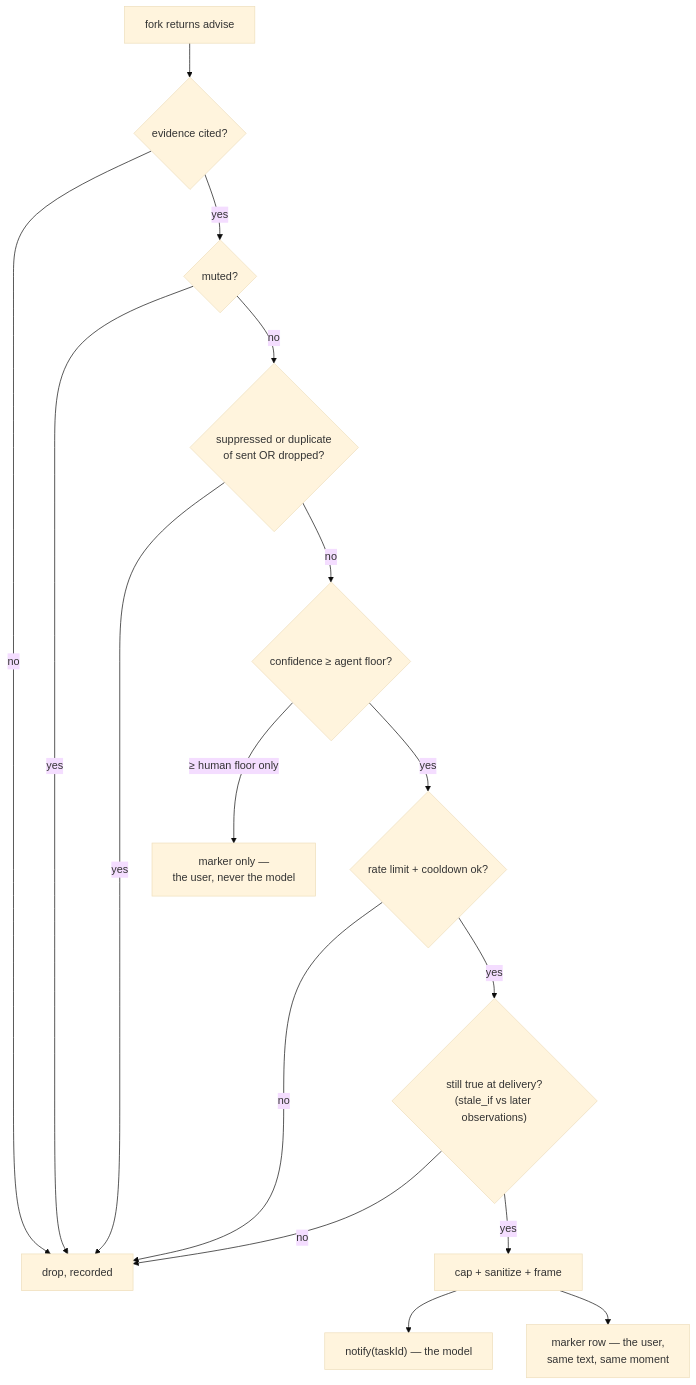
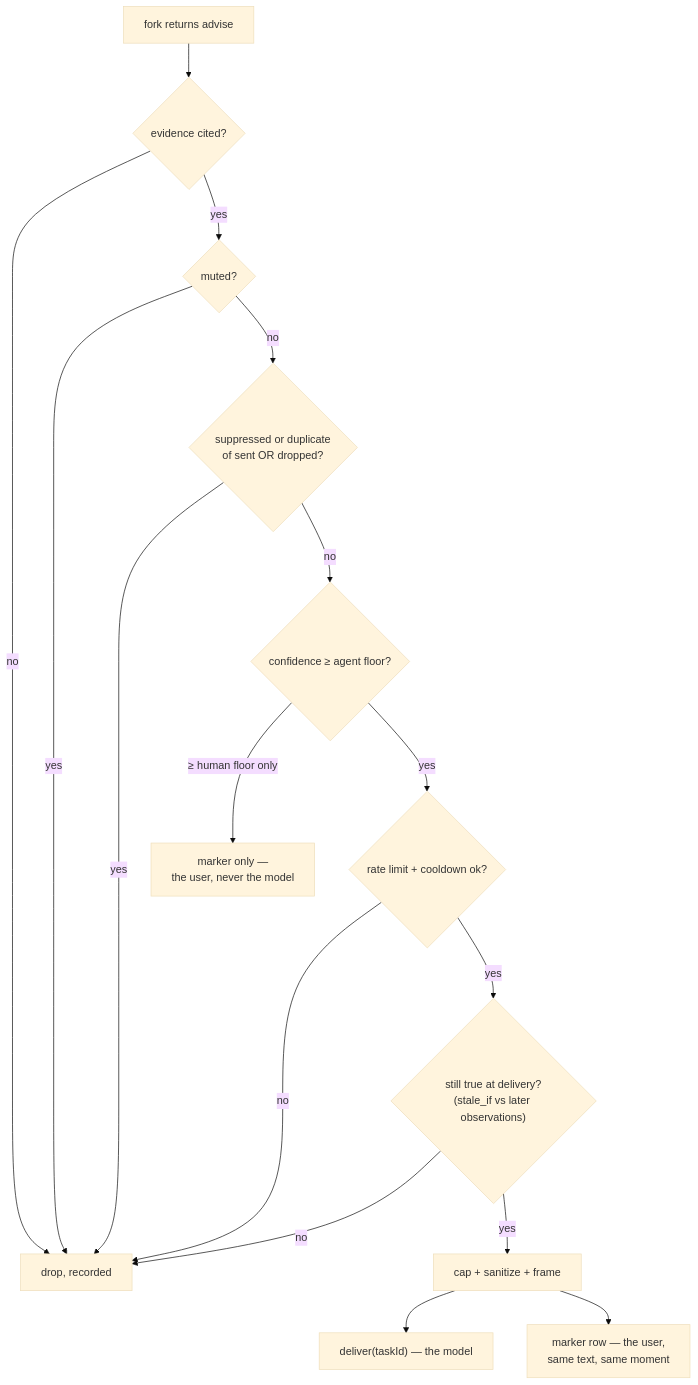
One commit to shofer-dev/shofer changed the third of 3 diagrams in plugins/second-brain/DESIGN.md. Above: the diagram before and after it, drawn with Mermaid (base theme). The commit also changed other lines of this file and 81 other files, not shown here.

````diff
--- a/plugins/second-brain/DESIGN.md
+++ b/plugins/second-brain/DESIGN.md
@@ -543,18 +543,18 @@
 ```mermaid
 flowchart TD
   A["fork returns advise"] --> B{"evidence cited?"}
   B -- no --> X["drop, recorded"]
   B -- yes --> M{"muted?"}
   M -- yes --> X
   M -- no --> S{"suppressed or duplicate<br/>of sent OR dropped?"}
   S -- yes --> X
   S -- no --> C{"confidence ≥ agent floor?"}
   C -- "≥ human floor only" --> HU["marker only —<br/>the user, never the model"]
   C -- yes --> R{"rate limit + cooldown ok?"}
   R -- no --> X
   R -- yes --> ST{"still true at delivery?<br/>(stale_if vs later observations)"}
   ST -- no --> X
   ST -- yes --> D["cap + sanitize + frame"]
-  D --> N["notify(taskId) — the model"]
+  D --> N["deliver(taskId) — the model"]
   D --> MK["marker row — the user,<br/>same text, same moment"]
 ```
````
